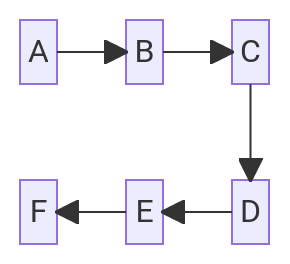
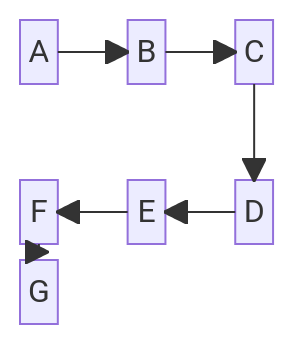
Before and after one commit to agrogan1/Stata: the second of 2 diagrams in do-files/README.md, drawn with Mermaid.

````diff
--- a/do-files/README.md
+++ b/do-files/README.md
@@ -29,13 +29,15 @@
 ```mermaid
 block-beta
    columns 5
    A space B space C
    space space space space space
    F space E space D
+   G
 
    A --> B
    B --> C
    C --> D
    D --> E
    E --> F
+   F --> G
 ```
````
